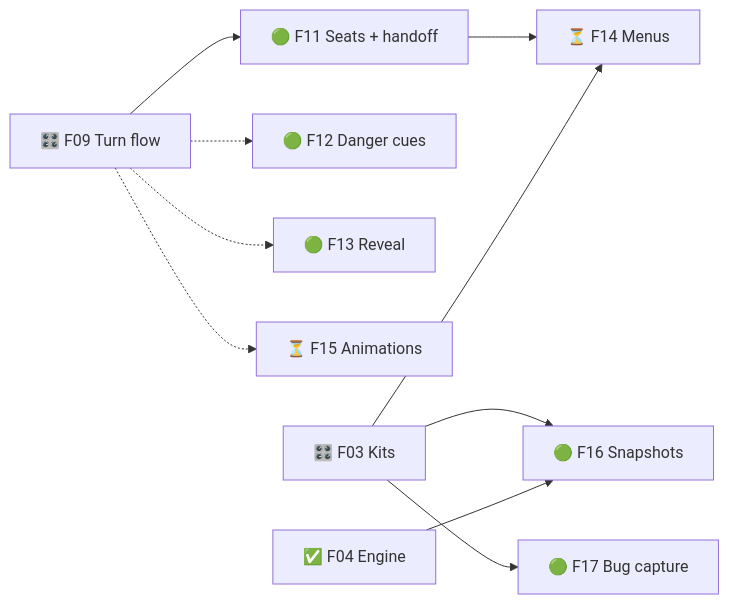
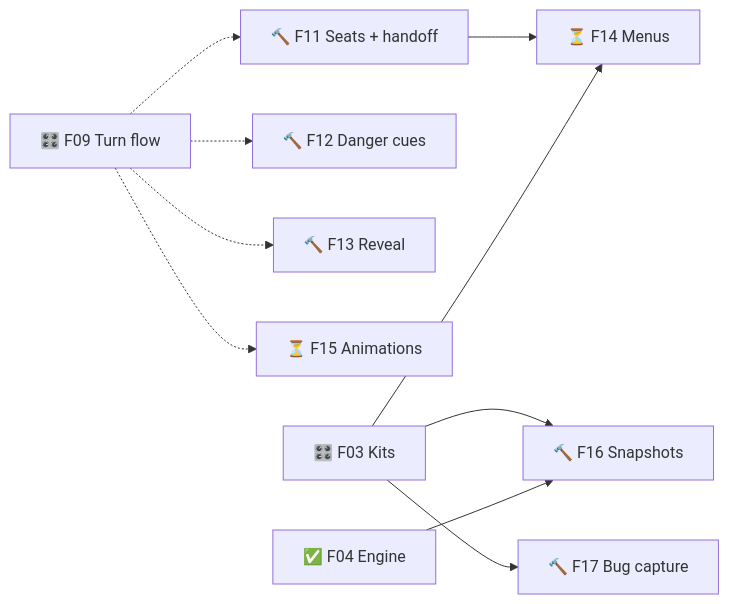
The third of 4 diagrams in .planning/ROADMAP.md (TheBlueMuzzy/Glyphtender), drawn with Mermaid before and after one commit. The commit also changed other lines of this file and 2 other files, not shown here.

````diff
--- a/.planning/ROADMAP.md
+++ b/.planning/ROADMAP.md
@@ -60,12 +60,12 @@
 ```mermaid
 flowchart LR
-  F09[🎛️ F09 Turn flow] --> F11[🟢 F11 Seats + handoff]
-  F09 -.-> F12[🟢 F12 Danger cues]
-  F09 -.-> F13[🟢 F13 Reveal]
+  F09[🎛️ F09 Turn flow] -.-> F11[🔨 F11 Seats + handoff]
+  F09 -.-> F12[🔨 F12 Danger cues]
+  F09 -.-> F13[🔨 F13 Reveal]
   F09 -.-> F15[⏳ F15 Animations]
   F11 --> F14[⏳ F14 Menus]
   F03[🎛️ F03 Kits] --> F14
-  F03 --> F16[🟢 F16 Snapshots]
+  F03 --> F16[🔨 F16 Snapshots]
   F04[✅ F04 Engine] --> F16
-  F03 --> F17[🟢 F17 Bug capture]
+  F03 --> F17[🔨 F17 Bug capture]
 ```
````
